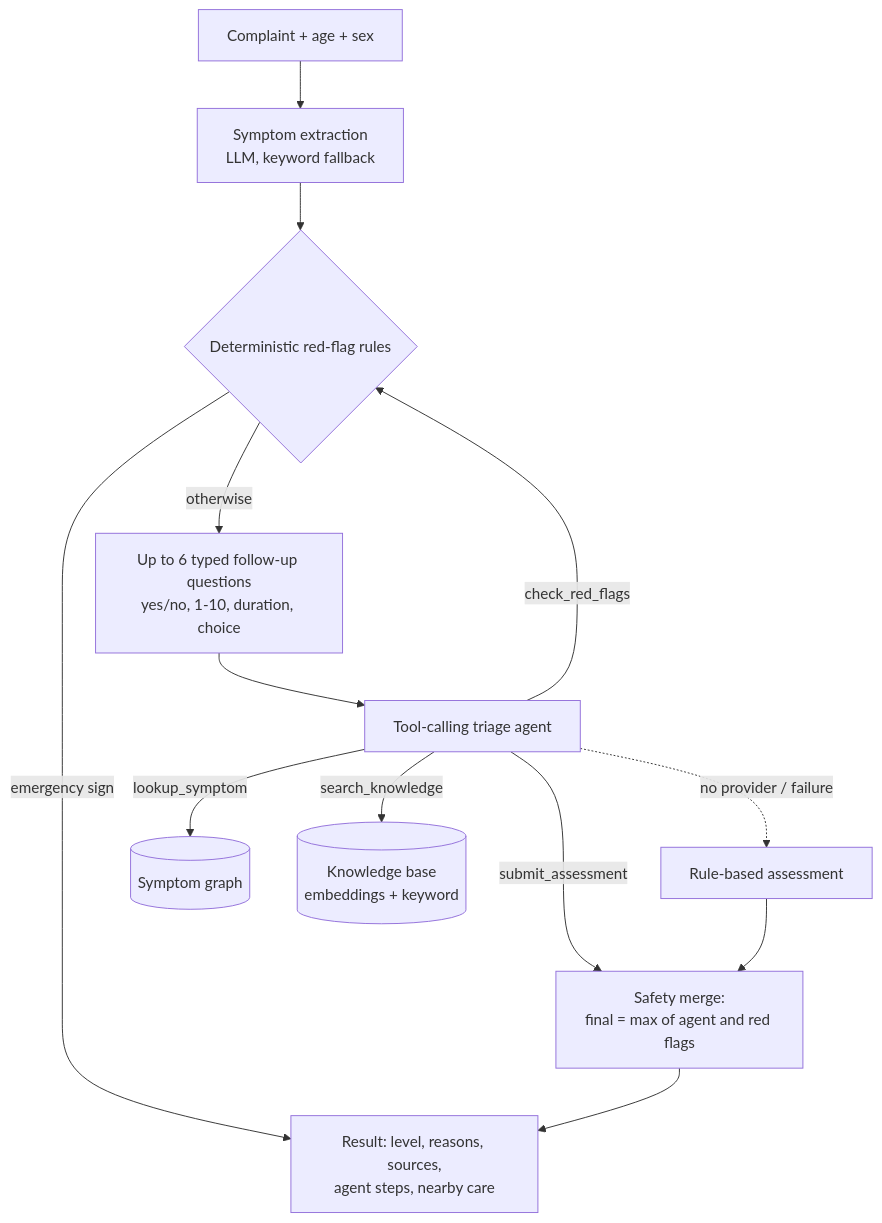
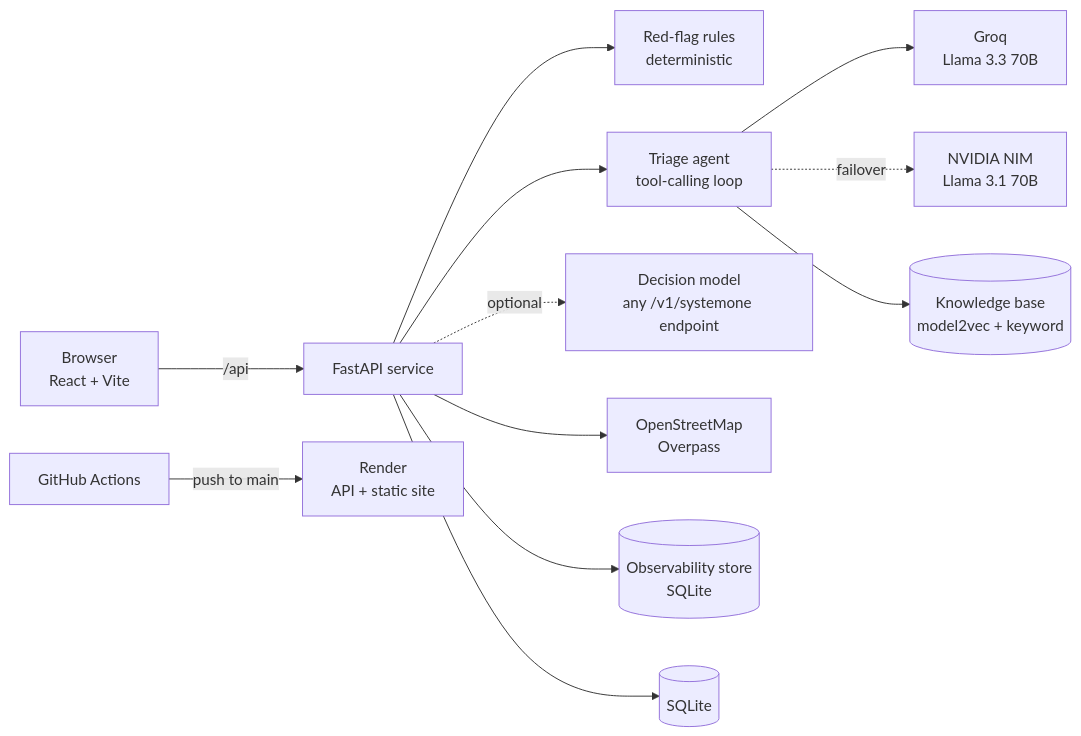
Before and after one commit to Asha0509/HealthCare: the first of 3 diagrams in README.md, drawn with Mermaid. The commit also changed other lines of this file, not shown here.

Commit message:
Rewrite README with problem, architecture diagrams, tooling rationale and CI/CD

````diff
--- a/README.md
+++ b/README.md
@@ -11,14 +51,14 @@
 ```mermaid
-flowchart TD
-    A[Complaint + age + sex] --> B[Symptom extraction<br/>LLM, keyword fallback]
-    B --> C{Deterministic red-flag rules}
-    C -- emergency sign --> R
-    C -- otherwise --> D[Up to 6 typed follow-up questions<br/>yes/no, 1-10, duration, choice]
-    D --> E[Tool-calling triage agent]
-    E -->|lookup_symptom| K[(Symptom graph)]
-    E -->|search_knowledge| V[(Knowledge base<br/>embeddings + keyword)]
-    E -->|check_red_flags| C
-    E -->|submit_assessment| M[Safety merge:<br/>final = max of agent and red flags]
-    E -. no provider / failure .-> F[Rule-based assessment] --> M
-    M --> R[Result: level, reasons, sources,<br/>agent steps, nearby care]
+flowchart LR
+    U[Browser<br/>React + Vite] -->|/api| API[FastAPI service]
+    API --> RULES[Red-flag rules<br/>deterministic]
+    API --> AGENT[Triage agent<br/>tool-calling loop]
+    AGENT --> LLM1[Groq<br/>Llama 3.3 70B]
+    AGENT -. failover .-> LLM2[NVIDIA NIM<br/>Llama 3.1 70B]
+    AGENT --> KB[(Knowledge base<br/>model2vec + keyword)]
+    API -. optional .-> DM[Decision model<br/>any /v1/systemone endpoint]
+    API --> OSM[OpenStreetMap<br/>Overpass]
+    API --> OBS[(Observability store<br/>SQLite)]
+    API --> DB[(SQLite)]
+    CI[GitHub Actions] -->|push to main| R[Render<br/>API + static site]
 ```
````
